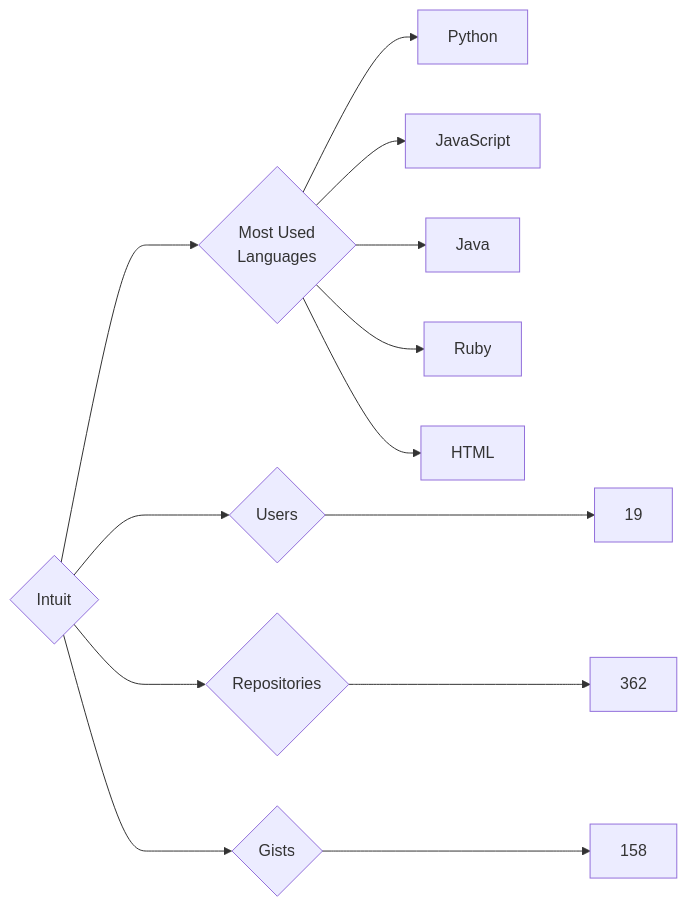
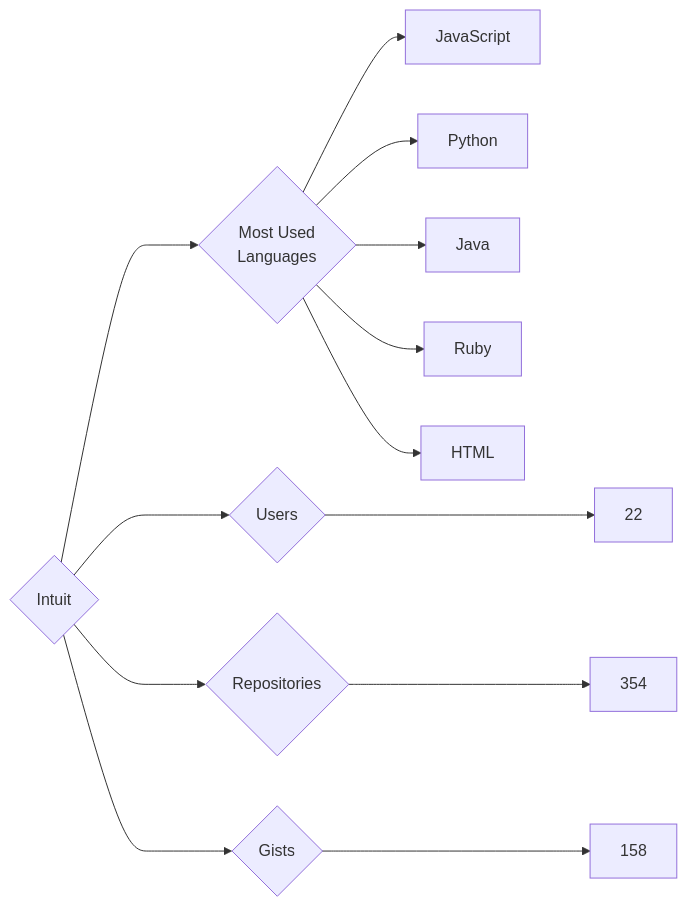
Before and after one commit to trickest/insiders: the diagram in targets/Intuit/README.md, drawn with Mermaid. The commit also changed 998 other files, not shown here.

````diff
--- a/targets/Intuit/README.md
+++ b/targets/Intuit/README.md
@@ -3,13 +3,13 @@
 ```mermaid
 graph LR
 COMPANY_NAME{Intuit}
-COMPANY_NAME ---> U{Users} ---> UN[19]
-COMPANY_NAME ---> R{Repositories} ---> RN[362]
+COMPANY_NAME ---> U{Users} ---> UN[22]
+COMPANY_NAME ---> R{Repositories} ---> RN[354]
 COMPANY_NAME ---> G{Gists} ---> GN[158]
 COMPANY_NAME ---> ML{Most Used<br>Languages}
+ML --> JavaScript[JavaScript]
 ML --> Python[Python]
-ML --> JavaScript[JavaScript]
 ML --> Java[Java]
 ML --> Ruby[Ruby]
 ML --> HTML[HTML]
 ```
````
